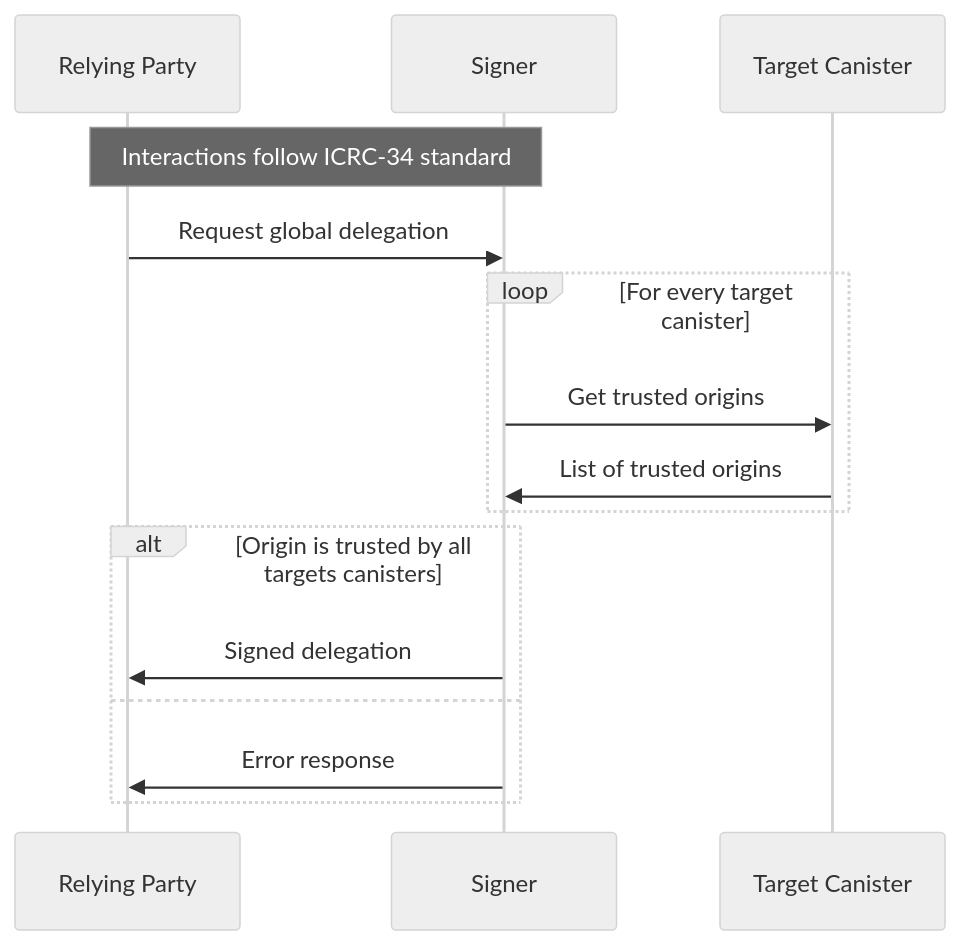
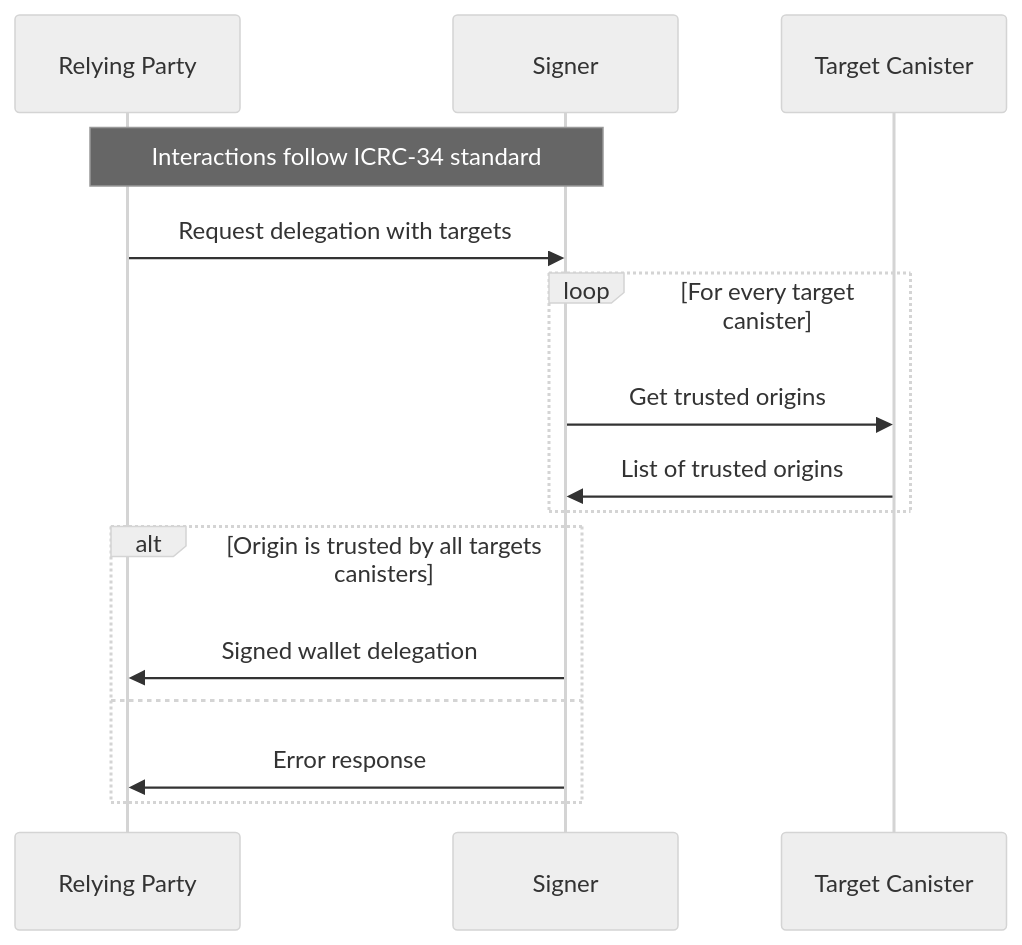
Before and after one commit to dfinity/wg-identity-authentication: the diagram in topics/icrc_28_trusted_origins.md, drawn with Mermaid (neutral theme). The commit also changed other lines of this file and 4 other files, not shown here.

````diff
--- a/topics/icrc_28_trusted_origins.md
+++ b/topics/icrc_28_trusted_origins.md
@@ -78,17 +44,17 @@
 ```mermaid
 sequenceDiagram
     participant RP as Relying Party
     participant S as Signer
     participant C as Target Canister
     Note over RP, S: Interactions follow ICRC-34 standard
-    RP ->> S: Request global delegation
+    RP ->> S: Request delegation with targets
     loop For every target canister
         S ->> C: Get trusted origins
         C ->> S: List of trusted origins
     end
     alt Origin is trusted by all targets canisters
-        S ->> RP: Signed delegation
+        S ->> RP: Signed wallet delegation
     else
         S ->> RP: Error response
     end
 ```
````
